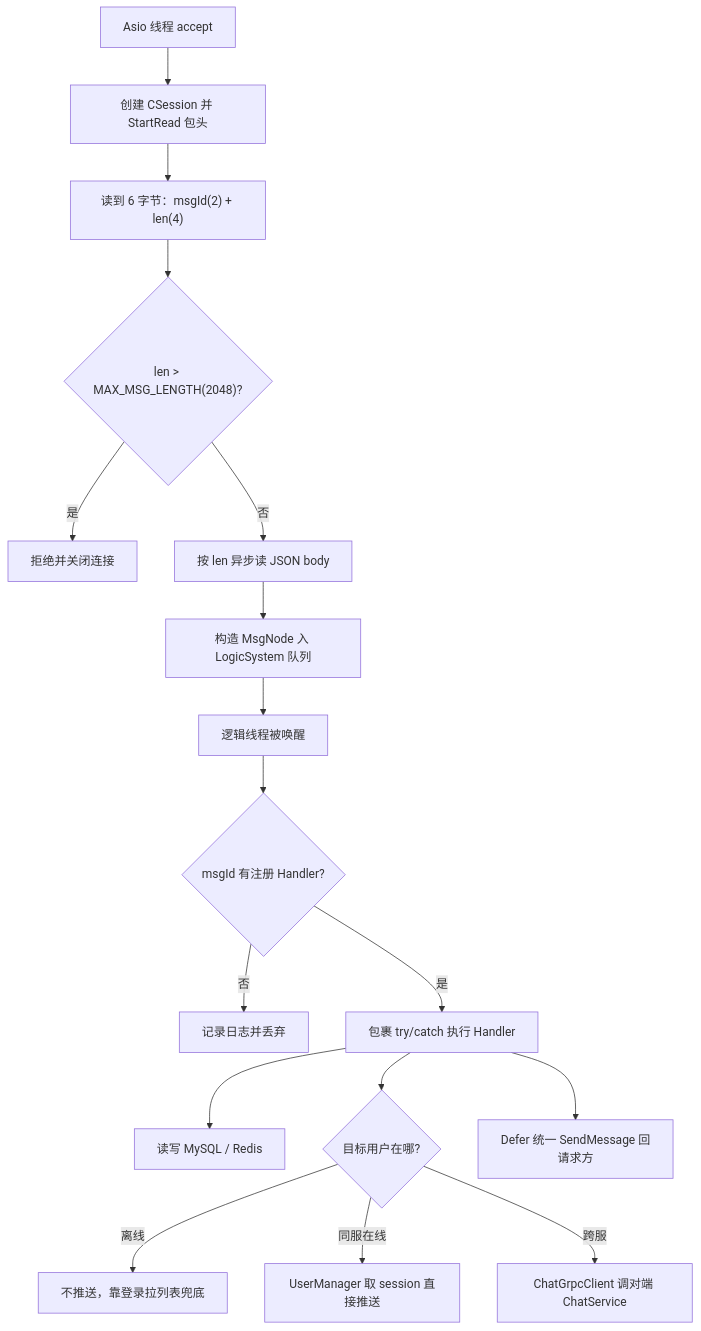
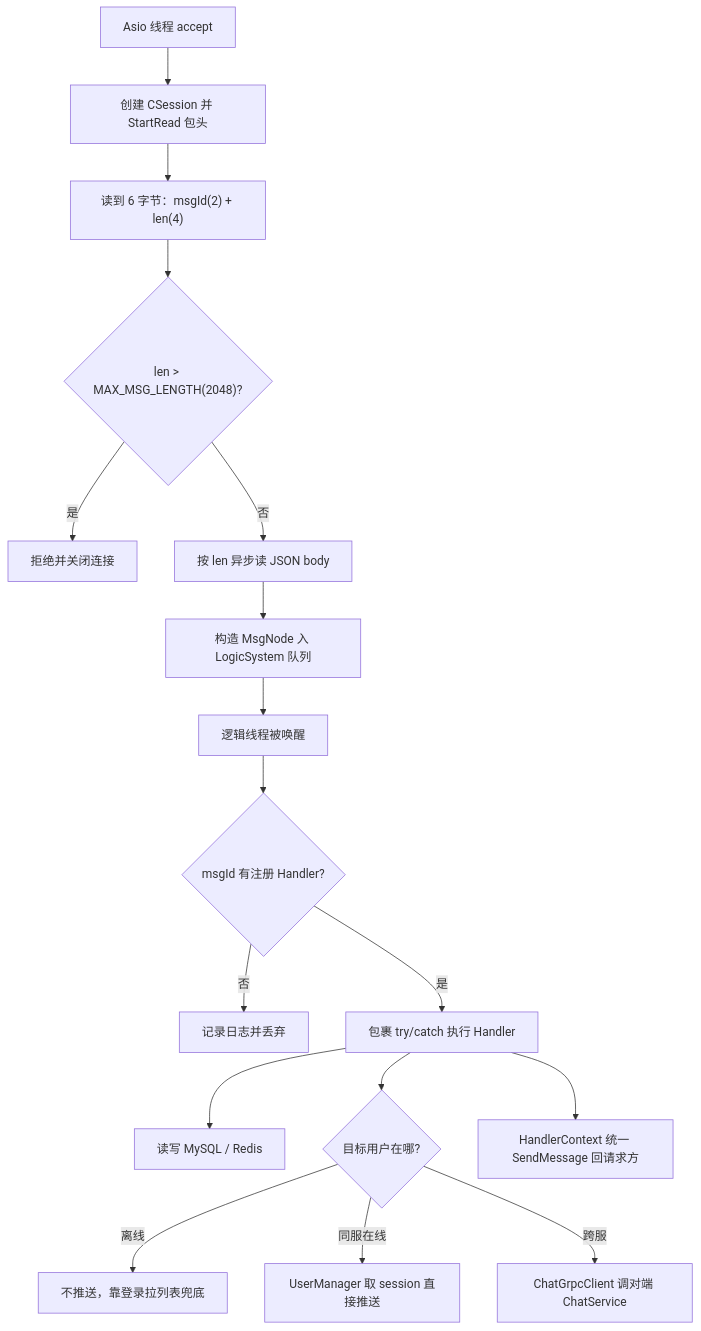
Before and after one commit to codeT2001/MyChat: the first of 6 diagrams in Servers/ChatServer/README.md, drawn with Mermaid. The commit also changed other lines of this file and 6 other files, not shown here.

````diff
--- a/Servers/ChatServer/README.md
+++ b/Servers/ChatServer/README.md
@@ -30,19 +33,19 @@
 ```mermaid
 flowchart TD
     ACC[Asio 线程 accept] --> S[创建 CSession 并 StartRead 包头]
     S --> H["读到 6 字节：msgId(2) + len(4)"]
     H --> CHK{"len > MAX_MSG_LENGTH(2048)?"}
     CHK -- 是 --> CLOSE[拒绝并关闭连接]
     CHK -- 否 --> B[按 len 异步读 JSON body]
     B --> N[构造 MsgNode 入 LogicSystem 队列]
     N --> W[逻辑线程被唤醒]
     W --> HF{"msgId 有注册 Handler?"}
     HF -- 否 --> DROP[记录日志并丢弃]
     HF -- 是 --> EX[包裹 try/catch 执行 Handler]
     EX --> DS[读写 MySQL / Redis]
     EX --> RT{"目标用户在哪?"}
     RT -- 离线 --> OFF[不推送，靠登录拉列表兜底]
     RT -- 同服在线 --> LOC[UserManager 取 session 直接推送]
     RT -- 跨服 --> GRPC[ChatGrpcClient 调对端 ChatService]
-    EX --> R[Defer 统一 SendMessage 回请求方]
+    EX --> R[HandlerContext 统一 SendMessage 回请求方]
 ```
````
